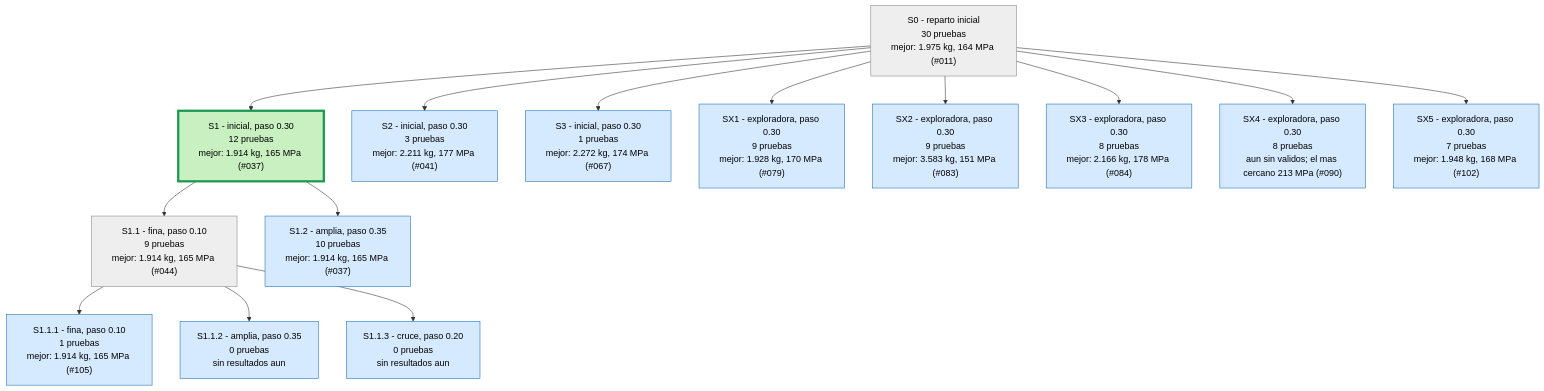
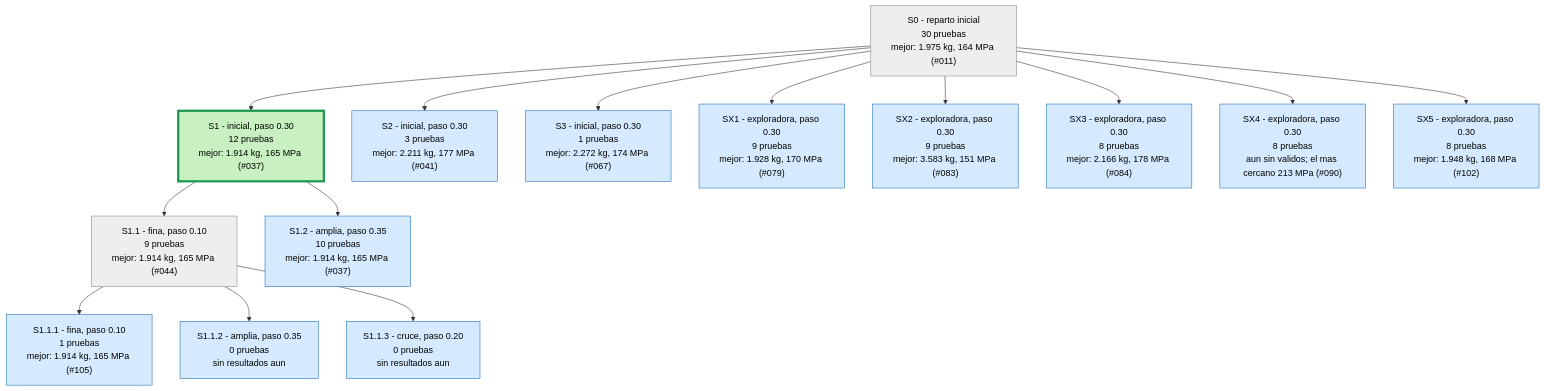
The first of 4 diagrams in runs/opt_37800N/ARBOL.md (Hugiko/msd-soporte-optimizacion), drawn with Mermaid before and after one commit. The commit also changed 19 other files, not shown here.

````diff
--- a/runs/opt_37800N/ARBOL.md
+++ b/runs/opt_37800N/ARBOL.md
@@ -9,33 +9,33 @@
 ```mermaid
 graph TD
 classDef activa fill:#d6eaff,stroke:#1f6fb5,color:#000
 classDef fin fill:#eeeeee,stroke:#888,color:#000
 classDef mejor fill:#c8f0c0,stroke:#1a9850,stroke-width:4px,color:#000
 S0["S0 - reparto inicial<br/>30 pruebas<br/>mejor: 1.975 kg, 164 MPa (#011)"]:::fin
 S1["S1 - inicial, paso 0.30<br/>12 pruebas<br/>mejor: 1.914 kg, 165 MPa (#037)"]:::mejor
 S0 --> S1
 S2["S2 - inicial, paso 0.30<br/>3 pruebas<br/>mejor: 2.211 kg, 177 MPa (#041)"]:::activa
 S0 --> S2
 S3["S3 - inicial, paso 0.30<br/>1 pruebas<br/>mejor: 2.272 kg, 174 MPa (#067)"]:::activa
 S0 --> S3
 S1_1["S1.1 - fina, paso 0.10<br/>9 pruebas<br/>mejor: 1.914 kg, 165 MPa (#044)"]:::fin
 S1 --> S1_1
 S1_2["S1.2 - amplia, paso 0.35<br/>10 pruebas<br/>mejor: 1.914 kg, 165 MPa (#037)"]:::activa
 S1 --> S1_2
 S1_1_1["S1.1.1 - fina, paso 0.10<br/>1 pruebas<br/>mejor: 1.914 kg, 165 MPa (#105)"]:::activa
 S1_1 --> S1_1_1
 S1_1_2["S1.1.2 - amplia, paso 0.35<br/>0 pruebas<br/>sin resultados aun"]:::activa
 S1_1 --> S1_1_2
 S1_1_3["S1.1.3 - cruce, paso 0.20<br/>0 pruebas<br/>sin resultados aun"]:::activa
 S1_1 --> S1_1_3
 SX1["SX1 - exploradora, paso 0.30<br/>9 pruebas<br/>mejor: 1.928 kg, 170 MPa (#079)"]:::activa
 S0 --> SX1
 SX2["SX2 - exploradora, paso 0.30<br/>9 pruebas<br/>mejor: 3.583 kg, 151 MPa (#083)"]:::activa
 S0 --> SX2
 SX3["SX3 - exploradora, paso 0.30<br/>8 pruebas<br/>mejor: 2.166 kg, 178 MPa (#084)"]:::activa
 S0 --> SX3
 SX4["SX4 - exploradora, paso 0.30<br/>8 pruebas<br/>aun sin validos; el mas cercano 213 MPa (#090)"]:::activa
 S0 --> SX4
-SX5["SX5 - exploradora, paso 0.30<br/>7 pruebas<br/>mejor: 1.948 kg, 168 MPa (#102)"]:::activa
+SX5["SX5 - exploradora, paso 0.30<br/>8 pruebas<br/>mejor: 1.948 kg, 168 MPa (#102)"]:::activa
 S0 --> SX5
 ```
````
